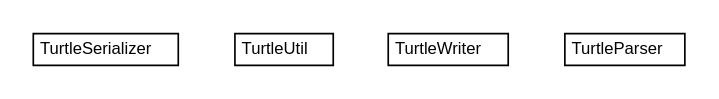
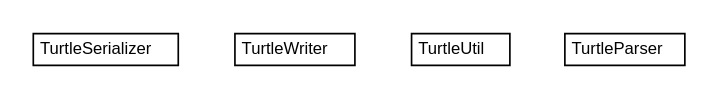
The diagram in mw.pom/apidocs/org/universAAL/middleware/serialization/turtle/org.universAAL.middleware.serialization.turtle.dot (universAAL/middleware), drawn with Graphviz before and after one commit. The commit also changed 2301 other files, not shown here.

```diff
--- a/mw.pom/apidocs/org/universAAL/middleware/serialization/turtle/org.universAAL.middleware.serialization.turtle.dot
+++ b/mw.pom/apidocs/org/universAAL/middleware/serialization/turtle/org.universAAL.middleware.serialization.turtle.dot
@@ -1,36 +1,36 @@
 #!/usr/local/bin/dot
 #
 # Class diagram 
 # Generated by UMLGraph version R5_6-24-gf6e263 (http://www.umlgraph.org/)
 #
 
 digraph G {
 	edge [fontname="Helvetica",fontsize=10,labelfontname="Helvetica",labelfontsize=10];
 	node [fontname="Helvetica",fontsize=10,shape=plaintext];
 	nodesep=0.25;
 	ranksep=0.5;
 	// org.universAAL.middleware.serialization.turtle.TurtleSerializer
 	c37350 [label=<<table title="org.universAAL.middleware.serialization.turtle.TurtleSerializer" border="0" cellborder="1" cellspacing="0" cellpadding="2" port="p" href="./TurtleSerializer.html">
 		<tr><td><table border="0" cellspacing="0" cellpadding="1">
 <tr><td align="center" balign="center"> TurtleSerializer </td></tr>
 		</table></td></tr>
 		</table>>, URL="./TurtleSerializer.html", fontname="Helvetica", fontcolor="black", fontsize=10.0];
+	// org.universAAL.middleware.serialization.turtle.TurtleWriter
+	c37351 [label=<<table title="org.universAAL.middleware.serialization.turtle.TurtleWriter" border="0" cellborder="1" cellspacing="0" cellpadding="2" port="p" href="./TurtleWriter.html">
+		<tr><td><table border="0" cellspacing="0" cellpadding="1">
+<tr><td align="center" balign="center"> TurtleWriter </td></tr>
+		</table></td></tr>
+		</table>>, URL="./TurtleWriter.html", fontname="Helvetica", fontcolor="black", fontsize=10.0];
 	// org.universAAL.middleware.serialization.turtle.TurtleUtil
-	c37351 [label=<<table title="org.universAAL.middleware.serialization.turtle.TurtleUtil" border="0" cellborder="1" cellspacing="0" cellpadding="2" port="p" href="./TurtleUtil.html">
+	c37352 [label=<<table title="org.universAAL.middleware.serialization.turtle.TurtleUtil" border="0" cellborder="1" cellspacing="0" cellpadding="2" port="p" href="./TurtleUtil.html">
 		<tr><td><table border="0" cellspacing="0" cellpadding="1">
 <tr><td align="center" balign="center"> TurtleUtil </td></tr>
 		</table></td></tr>
 		</table>>, URL="./TurtleUtil.html", fontname="Helvetica", fontcolor="black", fontsize=10.0];
-	// org.universAAL.middleware.serialization.turtle.TurtleWriter
-	c37352 [label=<<table title="org.universAAL.middleware.serialization.turtle.TurtleWriter" border="0" cellborder="1" cellspacing="0" cellpadding="2" port="p" href="./TurtleWriter.html">
-		<tr><td><table border="0" cellspacing="0" cellpadding="1">
-<tr><td align="center" balign="center"> TurtleWriter </td></tr>
-		</table></td></tr>
-		</table>>, URL="./TurtleWriter.html", fontname="Helvetica", fontcolor="black", fontsize=10.0];
 	// org.universAAL.middleware.serialization.turtle.TurtleParser
 	c37353 [label=<<table title="org.universAAL.middleware.serialization.turtle.TurtleParser" border="0" cellborder="1" cellspacing="0" cellpadding="2" port="p" href="./TurtleParser.html">
 		<tr><td><table border="0" cellspacing="0" cellpadding="1">
 <tr><td align="center" balign="center"> TurtleParser </td></tr>
 		</table></td></tr>
 		</table>>, URL="./TurtleParser.html", fontname="Helvetica", fontcolor="black", fontsize=10.0];
 }
```
